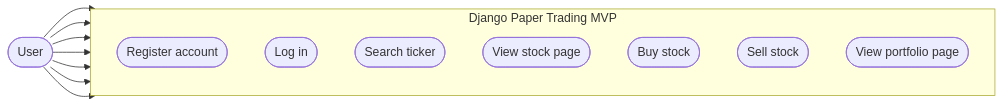
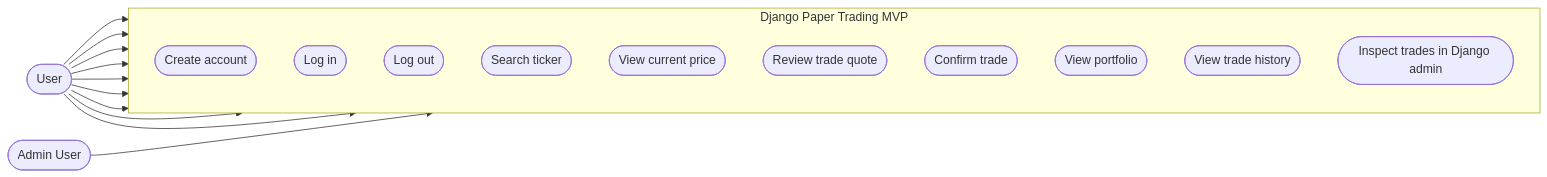
The diagram in Mermaid Diagrams/use-case-diagram.mmd (noahstephenson/Paper-Trading-App), drawn with Mermaid before and after one commit. The commit also changed 11 other files, not shown here.

Commit message:
Improve trade confirmation flow and project docs

```diff
--- a/Mermaid Diagrams/use-case-diagram.mmd
+++ b/Mermaid Diagrams/use-case-diagram.mmd
@@ -1,21 +1,28 @@
 flowchart LR
     User([User])
+    Admin([Admin User])
 
     subgraph App["Django Paper Trading MVP"]
         direction TB
-        Register([Register account])
+        Register([Create account])
         Login([Log in])
+        Logout([Log out])
         Search([Search ticker])
-        ViewData([View stock page])
-        Buy([Buy stock])
-        Sell([Sell stock])
-        Portfolio([View portfolio page])
+        ViewPrice([View current price])
+        ReviewTrade([Review trade quote])
+        ConfirmTrade([Confirm trade])
+        Portfolio([View portfolio])
+        History([View trade history])
+        AdminPage([Inspect trades in Django admin])
     end
 
     User --> Register
     User --> Login
+    User --> Logout
     User --> Search
-    User --> ViewData
-    User --> Buy
-    User --> Sell
+    User --> ViewPrice
+    User --> ReviewTrade
+    User --> ConfirmTrade
     User --> Portfolio
+    User --> History
+    Admin --> AdminPage
```
